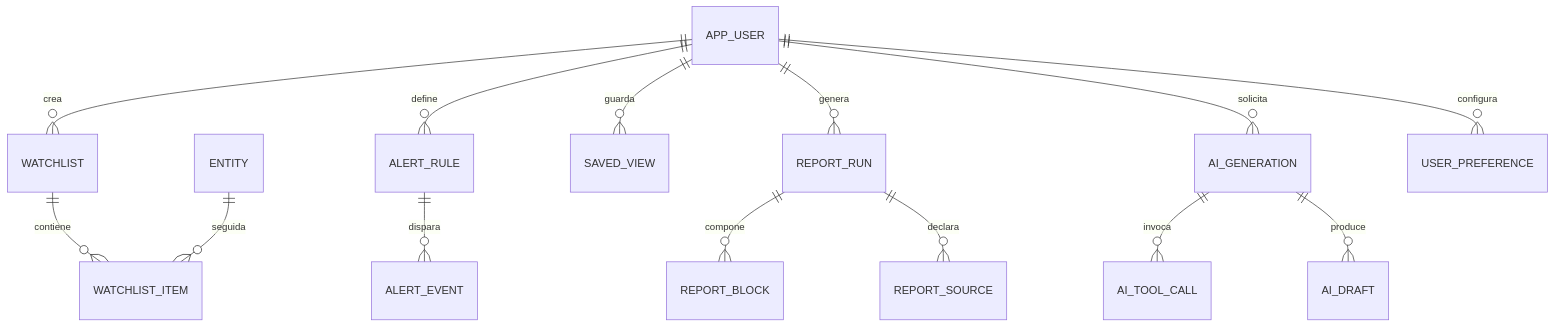
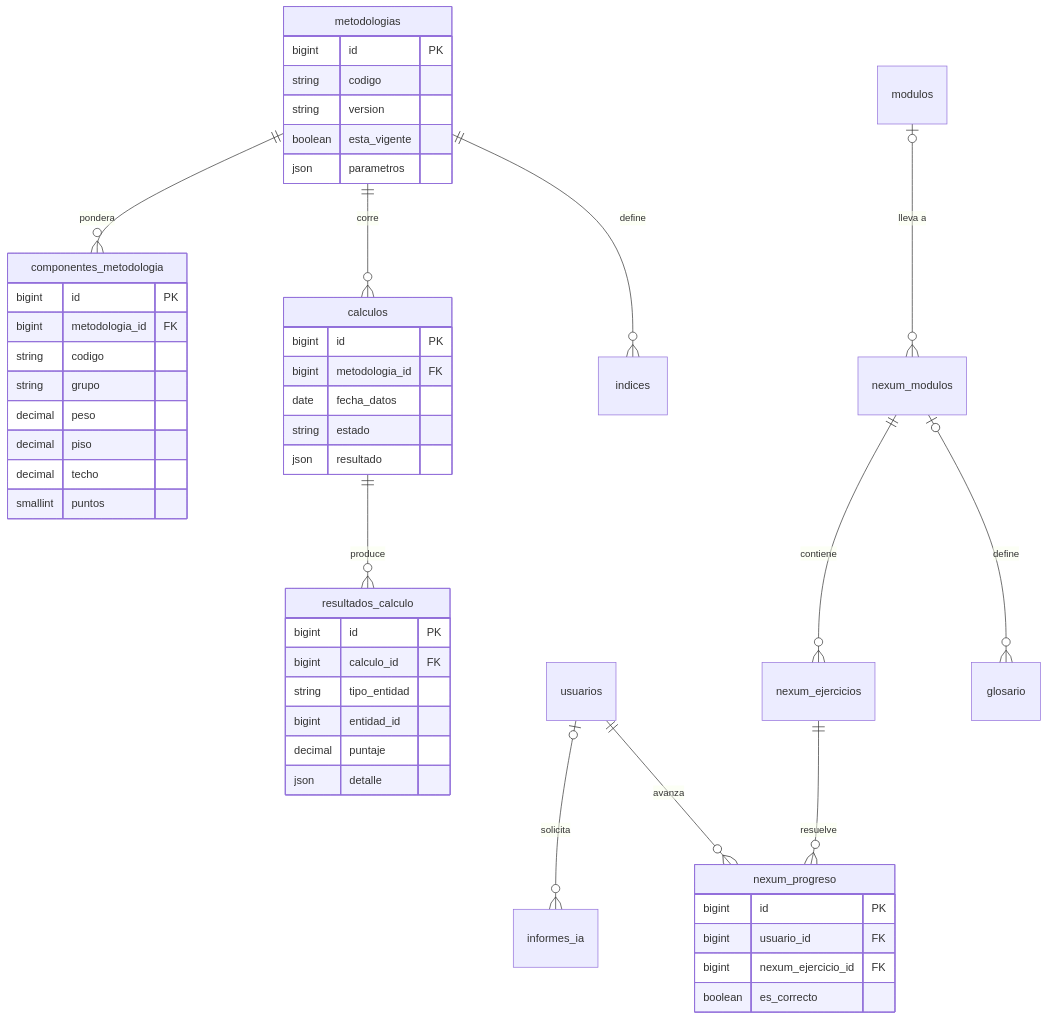
One commit to UnidadBFdigital/JaviviMonitor changed the eighth of 8 diagrams in JaviviMonitor-modelo-ER.md. Above: the diagram before and after it, drawn with Mermaid. The commit also changed other lines of this file, not shown here.

````diff
--- a/JaviviMonitor-modelo-ER.md
+++ b/JaviviMonitor-modelo-ER.md
@@ -845,16 +1364,52 @@
 ```mermaid
 erDiagram
-    APP_USER ||--o{ WATCHLIST : crea
-    WATCHLIST ||--o{ WATCHLIST_ITEM : contiene
-    ENTITY ||--o{ WATCHLIST_ITEM : seguida
-    APP_USER ||--o{ ALERT_RULE : define
-    ALERT_RULE ||--o{ ALERT_EVENT : dispara
-    APP_USER ||--o{ SAVED_VIEW : guarda
-    APP_USER ||--o{ REPORT_RUN : genera
-    REPORT_RUN ||--o{ REPORT_BLOCK : compone
-    REPORT_RUN ||--o{ REPORT_SOURCE : declara
-    APP_USER ||--o{ AI_GENERATION : solicita
-    AI_GENERATION ||--o{ AI_TOOL_CALL : invoca
-    AI_GENERATION ||--o{ AI_DRAFT : produce
-    APP_USER ||--o{ USER_PREFERENCE : configura
+    metodologias ||--o{ componentes_metodologia : pondera
+    metodologias ||--o{ calculos : corre
+    metodologias ||--o{ indices : define
+    calculos ||--o{ resultados_calculo : produce
+    usuarios |o--o{ informes_ia : solicita
+    modulos |o--o{ nexum_modulos : "lleva a"
+    nexum_modulos ||--o{ nexum_ejercicios : contiene
+    nexum_modulos |o--o{ glosario : define
+    usuarios ||--o{ nexum_progreso : avanza
+    nexum_ejercicios ||--o{ nexum_progreso : resuelve
+
+    metodologias {
+        bigint id PK
+        string codigo
+        string version
+        boolean esta_vigente
+        json parametros
+    }
+    componentes_metodologia {
+        bigint id PK
+        bigint metodologia_id FK
+        string codigo
+        string grupo
+        decimal peso
+        decimal piso
+        decimal techo
+        smallint puntos
+    }
+    calculos {
+        bigint id PK
+        bigint metodologia_id FK
+        date fecha_datos
+        string estado
+        json resultado
+    }
+    resultados_calculo {
+        bigint id PK
+        bigint calculo_id FK
+        string tipo_entidad
+        bigint entidad_id
+        decimal puntaje
+        json detalle
+    }
+    nexum_progreso {
+        bigint id PK
+        bigint usuario_id FK
+        bigint nexum_ejercicio_id FK
+        boolean es_correcto
+    }
 ```
````
